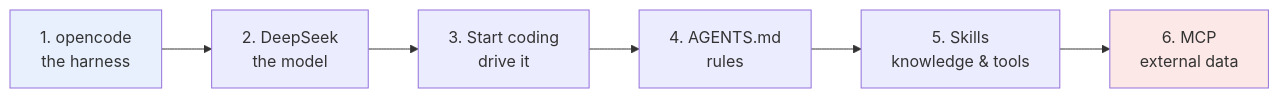
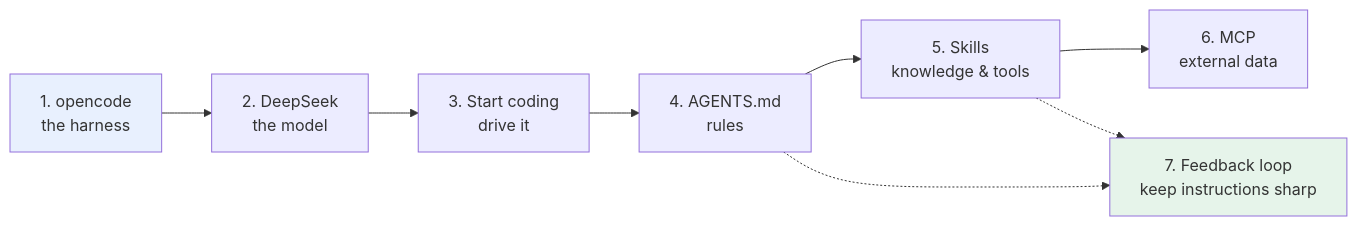
The diagram in README.md (ethaizone/ai-training-for-software-developer), drawn with Mermaid before and after one commit. The commit also changed other lines of this file and 5 other files, not shown here.

Commit message:
Add Part 7: feedback loop for keeping instructions sharp

````diff
--- a/README.md
+++ b/README.md
@@ -22,10 +22,12 @@
 ```mermaid
 flowchart LR
     A["1. opencode<br/>the harness"] --> B["2. DeepSeek<br/>the model"]
     B --> C["3. Start coding<br/>drive it"]
     C --> D["4. AGENTS.md<br/>rules"]
     D --> E["5. Skills<br/>knowledge & tools"]
     E --> F["6. MCP<br/>external data"]
+    D -.-> G["7. Feedback loop<br/>keep instructions sharp"]
+    E -.-> G
     style A fill:#e8f0fe
-    style F fill:#fce8e6
+    style G fill:#e6f4ea
 ```
````
